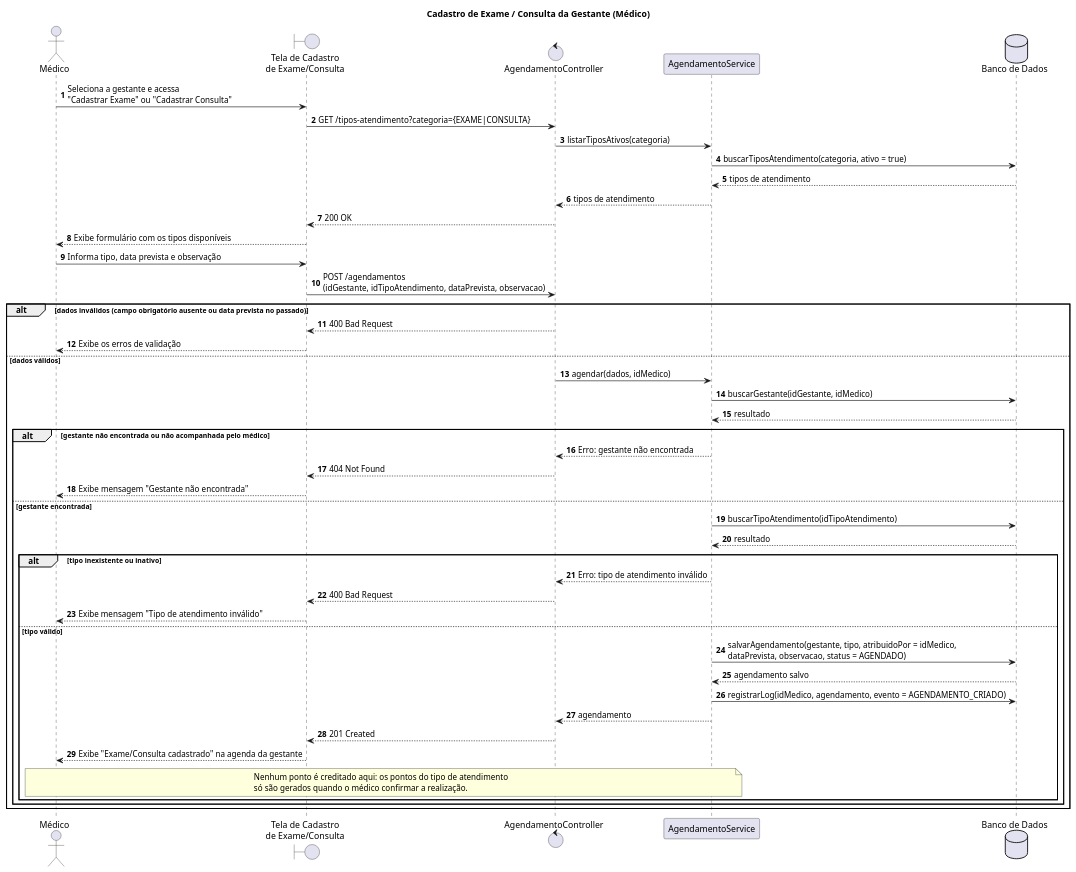
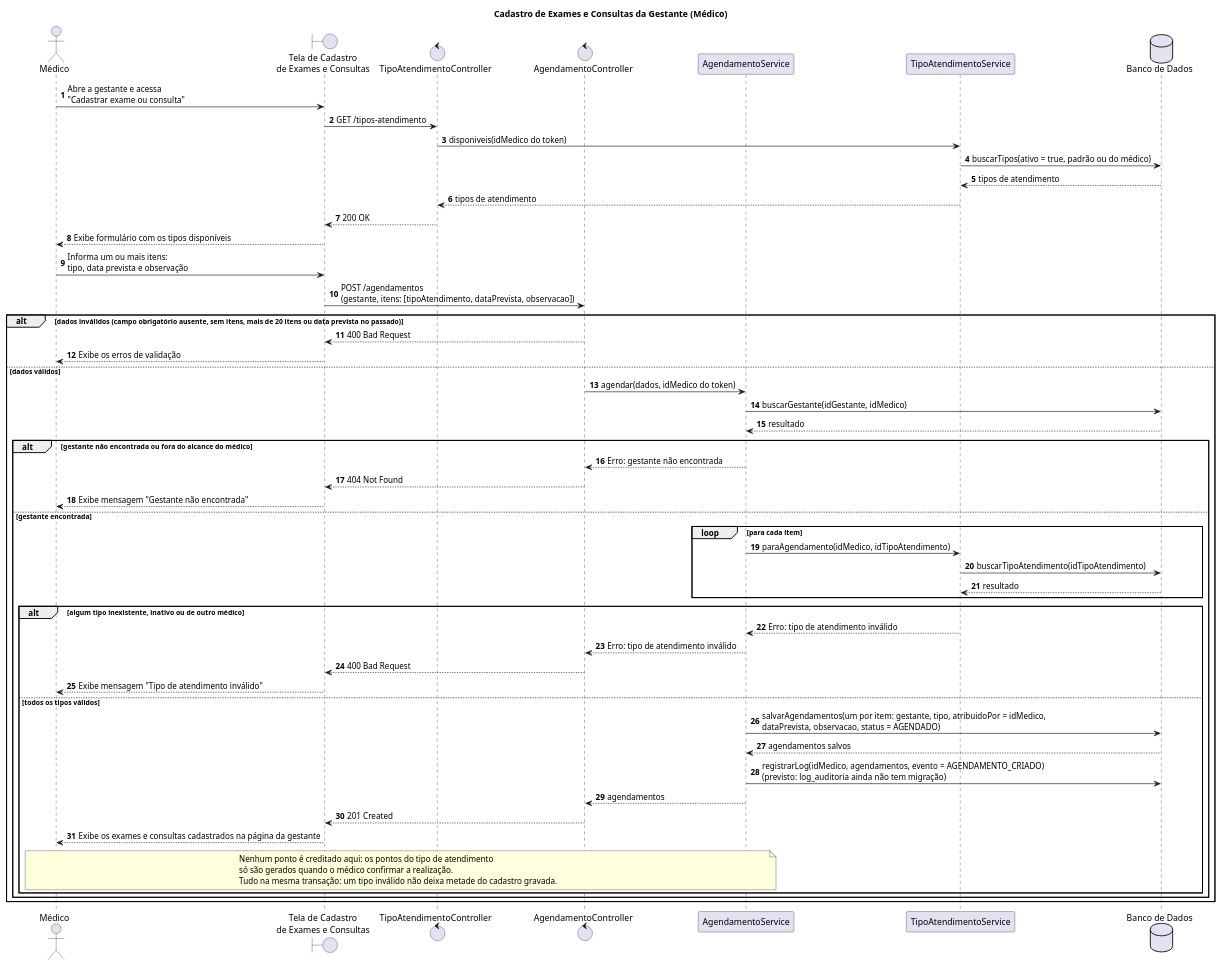
Before and after one commit to CozyShelf/previna-backend: the diagram in docs/sequence-diagrams/cadastro-exame-consulta/cadastro-exame-consulta.puml, drawn with PlantUML. The commit also changed 59 other files, not shown here.

```diff
--- a/docs/sequence-diagrams/cadastro-exame-consulta/cadastro-exame-consulta.puml
+++ b/docs/sequence-diagrams/cadastro-exame-consulta/cadastro-exame-consulta.puml
@@ -1,58 +1,65 @@
 @startuml cadastro-exame-consulta
-title Cadastro de Exame / Consulta da Gestante (Médico)
+title Cadastro de Exames e Consultas da Gestante (Médico)
 autonumber
 
 actor "Médico" as Medico
-boundary "Tela de Cadastro\nde Exame/Consulta" as Tela
+boundary "Tela de Cadastro\nde Exames e Consultas" as Tela
+control "TipoAtendimentoController" as TipoController
 control "AgendamentoController" as Controller
 participant "AgendamentoService" as Service
+participant "TipoAtendimentoService" as Tipos
 database "Banco de Dados" as BD
 
-Medico -> Tela : Seleciona a gestante e acessa\n"Cadastrar Exame" ou "Cadastrar Consulta"
-Tela -> Controller : GET /tipos-atendimento?categoria={EXAME|CONSULTA}
-Controller -> Service : listarTiposAtivos(categoria)
-Service -> BD : buscarTiposAtendimento(categoria, ativo = true)
-BD --> Service : tipos de atendimento
-Service --> Controller : tipos de atendimento
-Controller --> Tela : 200 OK
+Medico -> Tela : Abre a gestante e acessa\n"Cadastrar exame ou consulta"
+Tela -> TipoController : GET /tipos-atendimento
+TipoController -> Tipos : disponiveis(idMedico do token)
+Tipos -> BD : buscarTipos(ativo = true, padrão ou do médico)
+BD --> Tipos : tipos de atendimento
+Tipos --> TipoController : tipos de atendimento
+TipoController --> Tela : 200 OK
 Tela --> Medico : Exibe formulário com os tipos disponíveis
 
-Medico -> Tela : Informa tipo, data prevista e observação
-Tela -> Controller : POST /agendamentos\n(idGestante, idTipoAtendimento, dataPrevista, observacao)
+Medico -> Tela : Informa um ou mais itens:\ntipo, data prevista e observação
+Tela -> Controller : POST /agendamentos\n(gestante, itens: [tipoAtendimento, dataPrevista, observacao])
 
-alt dados inválidos (campo obrigatório ausente ou data prevista no passado)
+alt dados inválidos (campo obrigatório ausente, sem itens, mais de 20 itens ou data prevista no passado)
     Controller --> Tela : 400 Bad Request
     Tela --> Medico : Exibe os erros de validação
 else dados válidos
-    Controller -> Service : agendar(dados, idMedico)
+    Controller -> Service : agendar(dados, idMedico do token)
     Service -> BD : buscarGestante(idGestante, idMedico)
     BD --> Service : resultado
 
-    alt gestante não encontrada ou não acompanhada pelo médico
+    alt gestante não encontrada ou fora do alcance do médico
         Service --> Controller : Erro: gestante não encontrada
         Controller --> Tela : 404 Not Found
         Tela --> Medico : Exibe mensagem "Gestante não encontrada"
     else gestante encontrada
-        Service -> BD : buscarTipoAtendimento(idTipoAtendimento)
-        BD --> Service : resultado
+        loop para cada item
+            Service -> Tipos : paraAgendamento(idMedico, idTipoAtendimento)
+            Tipos -> BD : buscarTipoAtendimento(idTipoAtendimento)
+            BD --> Tipos : resultado
+        end
 
-        alt tipo inexistente ou inativo
+        alt algum tipo inexistente, inativo ou de outro médico
+            Tipos --> Service : Erro: tipo de atendimento inválido
             Service --> Controller : Erro: tipo de atendimento inválido
             Controller --> Tela : 400 Bad Request
             Tela --> Medico : Exibe mensagem "Tipo de atendimento inválido"
-        else tipo válido
-            Service -> BD : salvarAgendamento(gestante, tipo, atribuidoPor = idMedico,\ndataPrevista, observacao, status = AGENDADO)
-            BD --> Service : agendamento salvo
-            Service -> BD : registrarLog(idMedico, agendamento, evento = AGENDAMENTO_CRIADO)
-            Service --> Controller : agendamento
+        else todos os tipos válidos
+            Service -> BD : salvarAgendamentos(um por item: gestante, tipo, atribuidoPor = idMedico,\ndataPrevista, observacao, status = AGENDADO)
+            BD --> Service : agendamentos salvos
+            Service -> BD : registrarLog(idMedico, agendamentos, evento = AGENDAMENTO_CRIADO)\n(previsto: log_auditoria ainda não tem migração)
+            Service --> Controller : agendamentos
             Controller --> Tela : 201 Created
-            Tela --> Medico : Exibe "Exame/Consulta cadastrado" na agenda da gestante
+            Tela --> Medico : Exibe os exames e consultas cadastrados na página da gestante
             note over Medico, Service
                 Nenhum ponto é creditado aqui: os pontos do tipo de atendimento
                 só são gerados quando o médico confirmar a realização.
+                Tudo na mesma transação: um tipo inválido não deixa metade do cadastro gravada.
             end note
         end
     end
 end
 
 @enduml
```
